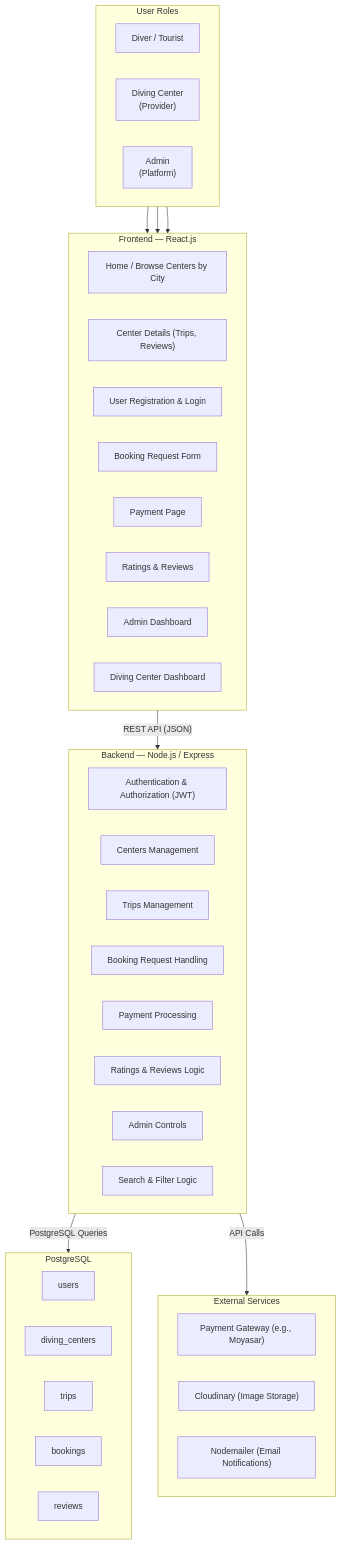
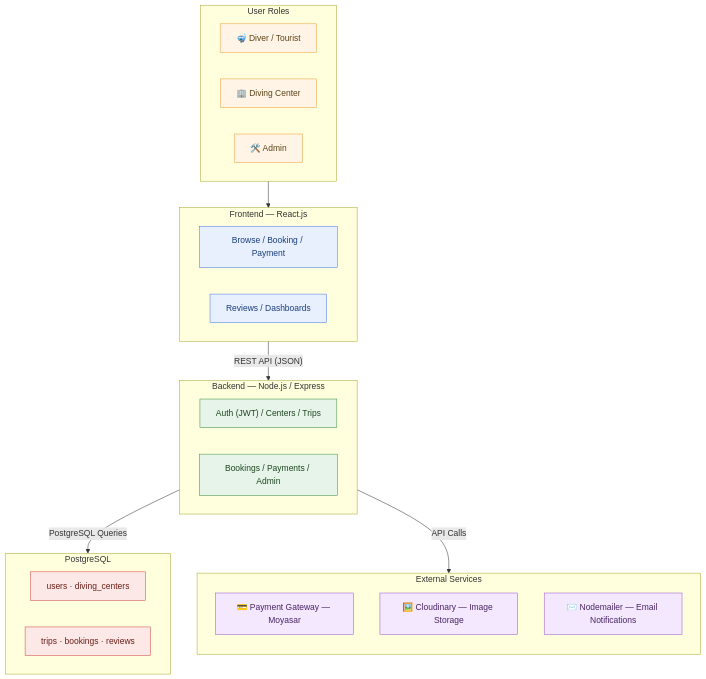
Before and after one commit to laradreamer79/Portfolio-Project: the diagram in Stage 3/README.md, drawn with Mermaid.

Commit message:
Simplify and beautify Mermaid diagram with color-coded sections and icons for better readability

````diff
--- a/Stage 3/README.md
+++ b/Stage 3/README.md
@@ -26,54 +26,53 @@
 ```mermaid
 flowchart TB
-    subgraph Roles["User Roles"]
+    subgraph Roles[" User Roles "]
         direction LR
-        U1["Diver / Tourist"]
-        U2["Diving Center<br/>(Provider)"]
-        U3["Admin<br/>(Platform)"]
+        U1["🤿 Diver / Tourist"]
+        U2["🏢 Diving Center"]
+        U3["🛠️ Admin"]
     end
 
-    U1 --> FE
-    U2 --> FE
-    U3 --> FE
+    Roles --> FE
 
-    subgraph FE["Frontend — React.js"]
-        F1["Home / Browse Centers by City"]
-        F2["Center Details (Trips, Reviews)"]
-        F3["User Registration & Login"]
-        F4["Booking Request Form"]
-        F5["Payment Page"]
-        F6["Ratings & Reviews"]
-        F7["Admin Dashboard"]
-        F8["Diving Center Dashboard"]
+    subgraph FE[" Frontend — React.js "]
+        direction LR
+        F1["Browse / Booking / Payment"]
+        F2["Reviews / Dashboards"]
     end
 
     FE -- "REST API (JSON)" --> BE
 
-    subgraph BE["Backend — Node.js / Express"]
-        B1["Authentication & Authorization (JWT)"]
-        B2["Centers Management"]
-        B3["Trips Management"]
-        B4["Booking Request Handling"]
-        B5["Payment Processing"]
-        B6["Ratings & Reviews Logic"]
-        B7["Admin Controls"]
-        B8["Search & Filter Logic"]
+    subgraph BE[" Backend — Node.js / Express "]
+        direction LR
+        B1["Auth (JWT) / Centers / Trips"]
+        B2["Bookings / Payments / Admin"]
     end
 
     BE -- "PostgreSQL Queries" --> DB
     BE -- "API Calls" --> EXT
 
-    subgraph DB["PostgreSQL"]
-        D1["users"]
-        D2["diving_centers"]
-        D3["trips"]
-        D4["bookings"]
-        D5["reviews"]
+    subgraph DB[" PostgreSQL "]
+        direction LR
+        D1["users · diving_centers"]
+        D2["trips · bookings · reviews"]
     end
 
-    subgraph EXT["External Services"]
-        E1["Payment Gateway (e.g., Moyasar)"]
-        E2["Cloudinary (Image Storage)"]
-        E3["Nodemailer (Email Notifications)"]
+    subgraph EXT[" External Services "]
+        direction TB
+        E1["💳 Payment Gateway — Moyasar"]
+        E2["🖼️ Cloudinary — Image Storage"]
+        E3["✉️ Nodemailer — Email Notifications"]
     end
+
+    classDef roles fill:#FFF4E5,stroke:#E8A33D,stroke-width:1px,color:#5C4317
+    classDef frontend fill:#E8F0FE,stroke:#4C7EE0,stroke-width:1px,color:#1A3D7C
+    classDef backend fill:#E6F4EA,stroke:#3F9142,stroke-width:1px,color:#1E4620
+    classDef database fill:#FCE8E6,stroke:#D14B43,stroke-width:1px,color:#6B1E18
+    classDef external fill:#F3E8FD,stroke:#9B59D0,stroke-width:1px,color:#4A2566
+
+    class U1,U2,U3 roles
+    class F1,F2 frontend
+    class B1,B2 backend
+    class D1,D2 database
+    class E1,E2,E3 external
 ```
````
